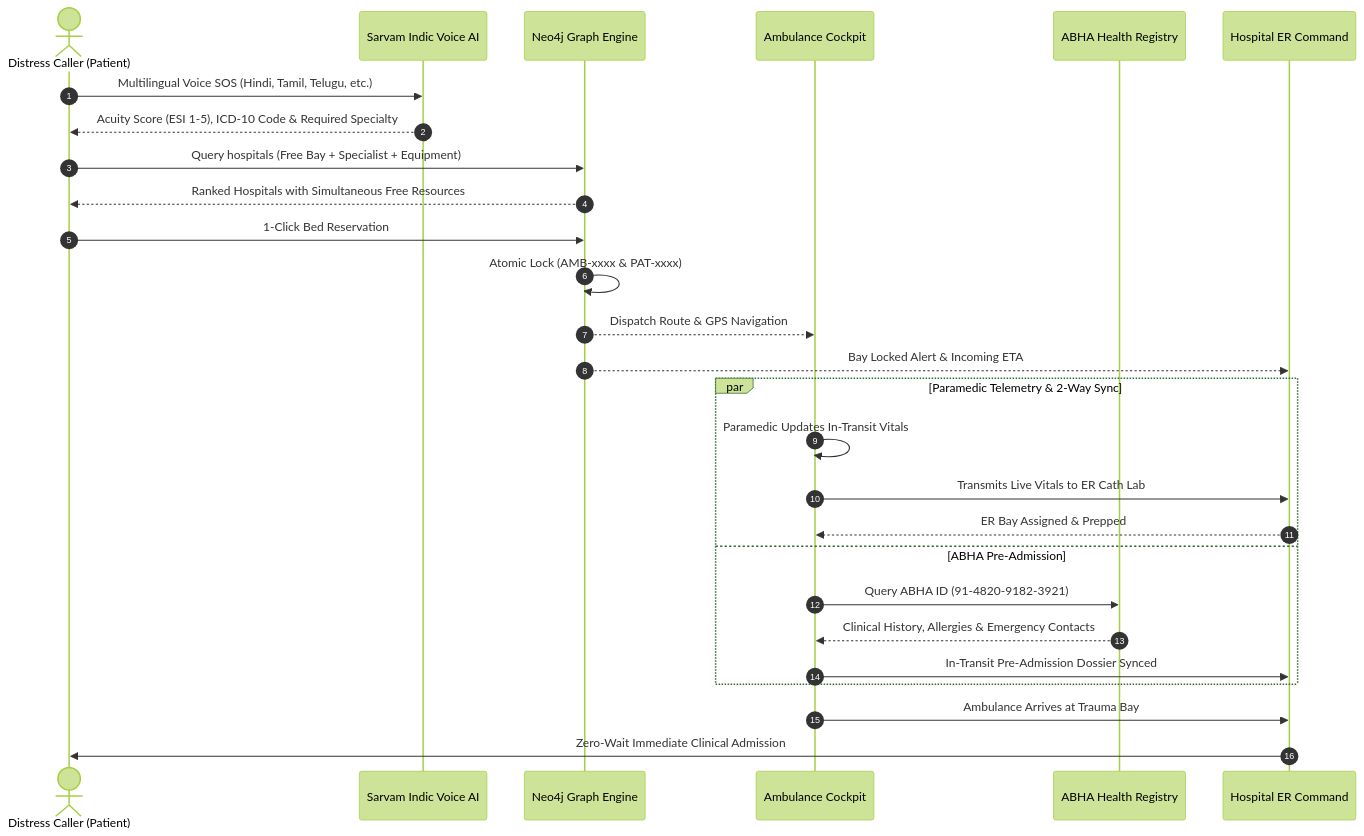
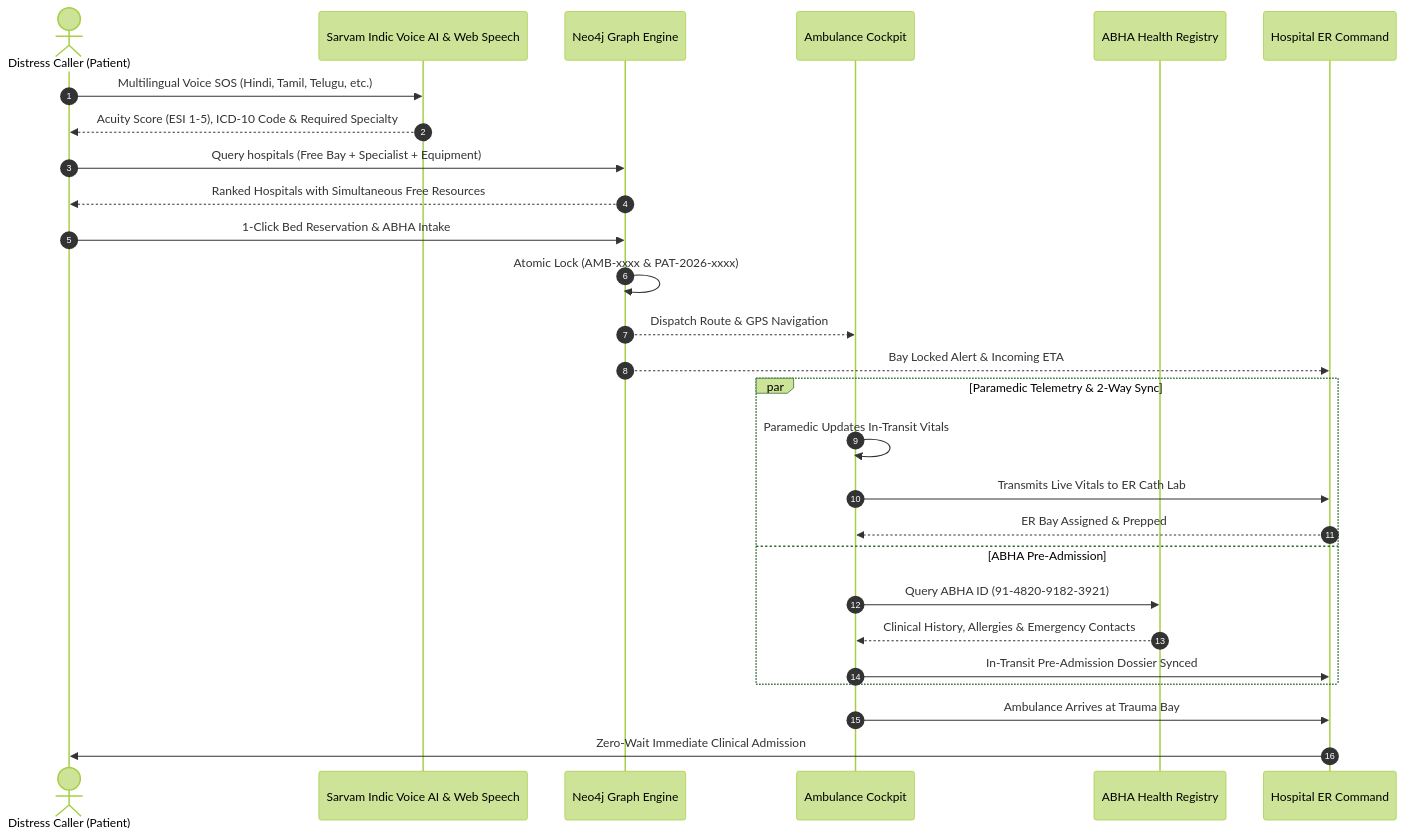
Before and after one commit to Susheem-25/LifeCare: the diagram in README.md, drawn with Mermaid (forest theme). The commit also changed other lines of this file and 4 other files, not shown here.

````diff
--- a/README.md
+++ b/README.md
@@ -205,32 +212,32 @@
 ```mermaid
 sequenceDiagram
     autonumber
     actor Patient as Distress Caller (Patient)
-    participant Sarvam as Sarvam Indic Voice AI
+    participant Sarvam as Sarvam Indic Voice AI & Web Speech
     participant Neo4j as Neo4j Graph Engine
     participant Amb as Ambulance Cockpit
     participant ABDM as ABHA Health Registry
     participant ER as Hospital ER Command
 
     Patient->>Sarvam: Multilingual Voice SOS (Hindi, Tamil, Telugu, etc.)
     Sarvam-->>Patient: Acuity Score (ESI 1-5), ICD-10 Code & Required Specialty
     Patient->>Neo4j: Query hospitals (Free Bay + Specialist + Equipment)
     Neo4j-->>Patient: Ranked Hospitals with Simultaneous Free Resources
-    Patient->>Neo4j: 1-Click Bed Reservation
-    Neo4j->>Neo4j: Atomic Lock (AMB-xxxx & PAT-xxxx)
+    Patient->>Neo4j: 1-Click Bed Reservation & ABHA Intake
+    Neo4j->>Neo4j: Atomic Lock (AMB-xxxx & PAT-2026-xxxx)
     Neo4j-->>Amb: Dispatch Route & GPS Navigation
     Neo4j-->>ER: Bay Locked Alert & Incoming ETA
 
     par Paramedic Telemetry & 2-Way Sync
         Amb->>Amb: Paramedic Updates In-Transit Vitals
         Amb->>ER: Transmits Live Vitals to ER Cath Lab
         ER-->>Amb: ER Bay Assigned & Prepped
     and ABHA Pre-Admission
         Amb->>ABDM: Query ABHA ID (91-4820-9182-3921)
         ABDM-->>Amb: Clinical History, Allergies & Emergency Contacts
         Amb->>ER: In-Transit Pre-Admission Dossier Synced
     end
 
     Amb->>ER: Ambulance Arrives at Trauma Bay
     ER->>Patient: Zero-Wait Immediate Clinical Admission
 ```
````
